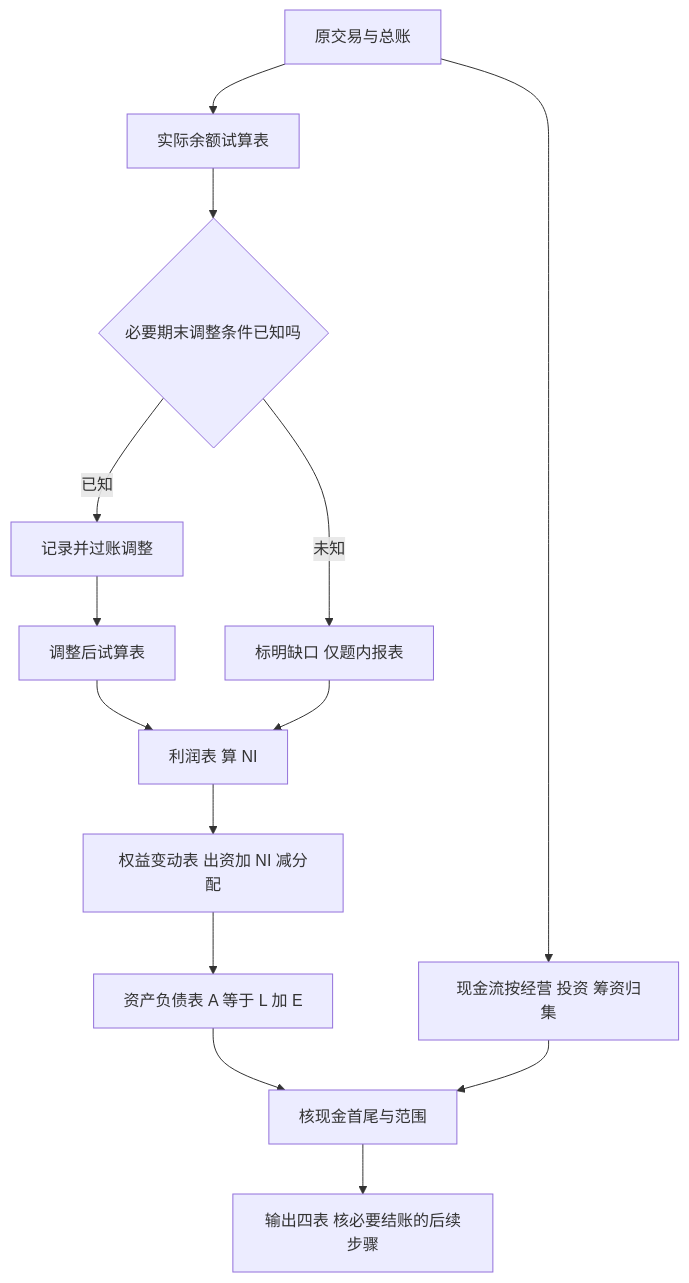
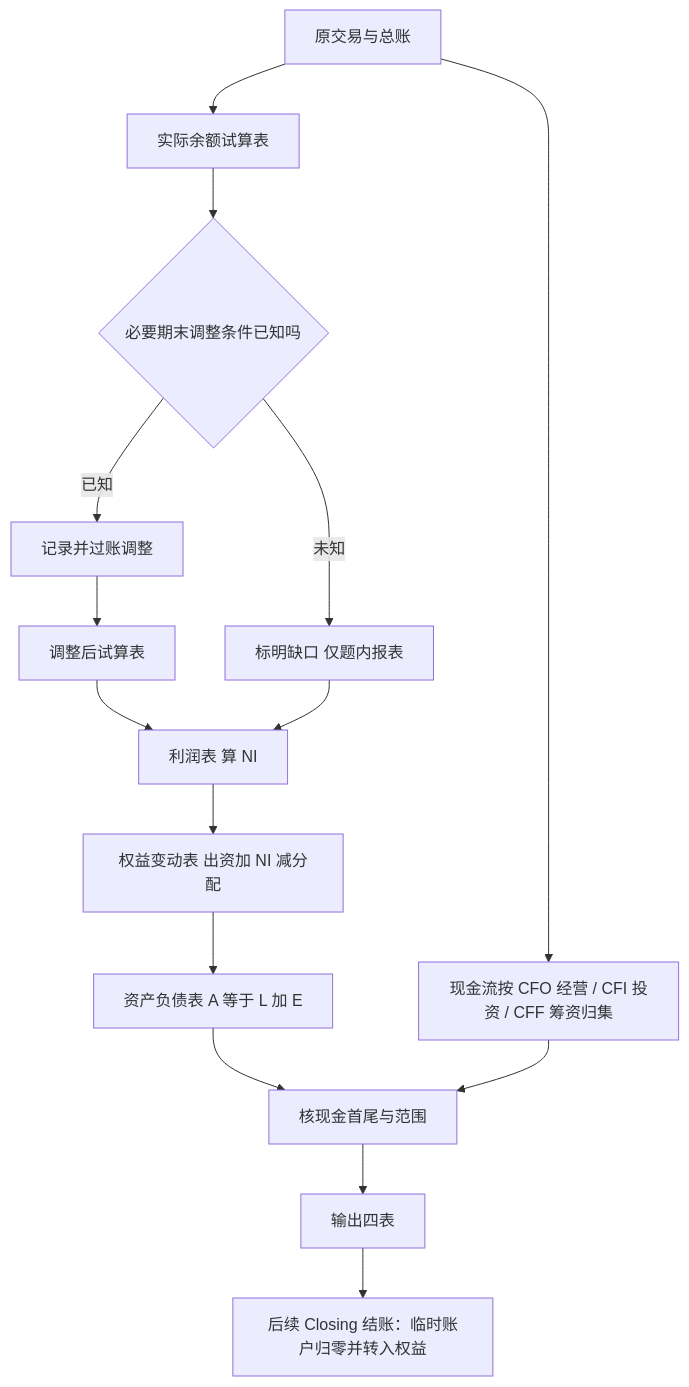
The fifth of 7 diagrams in AC6761_Artificial_Intelligence_Accounting/notes/M02-交易的会计处理.md (CercaTrovato/cityu-ai-course-notes), drawn with Mermaid before and after one commit. The commit also changed other lines of this file and 123 other files, not shown here.

````diff
--- a/AC6761_Artificial_Intelligence_Accounting/notes/M02-交易的会计处理.md
+++ b/AC6761_Artificial_Intelligence_Accounting/notes/M02-交易的会计处理.md
@@ -1912,16 +2178,17 @@
 ```mermaid
 flowchart TD
  A[原交易与总账] --> B[实际余额试算表]
  B --> C{必要期末调整条件已知吗}
  C -->|已知| D[记录并过账调整]
  C -->|未知| U[标明缺口 仅题内报表]
  D --> E[调整后试算表]
  E --> F[利润表 算 NI]
  U --> F
  F --> G[权益变动表 出资加 NI 减分配]
  G --> H[资产负债表 A 等于 L 加 E]
- A --> I[现金流按经营 投资 筹资归集]
+ A --> I["现金流按 CFO 经营 / CFI 投资 / CFF 筹资归集"]
  H --> J[核现金首尾与范围]
  I --> J
- J --> K[输出四表 核必要结账的后续步骤]
+ J --> K[输出四表]
+ K --> CLOSE["后续 Closing 结账：临时账户归零并转入权益"]
 ```
````
